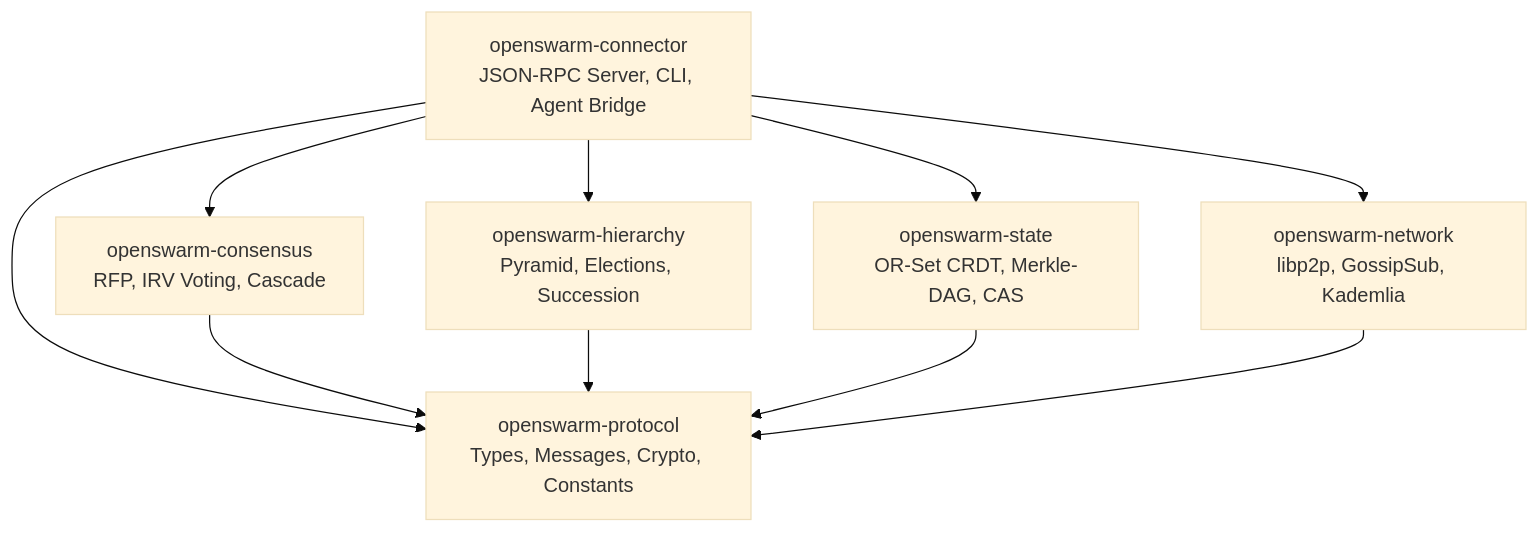
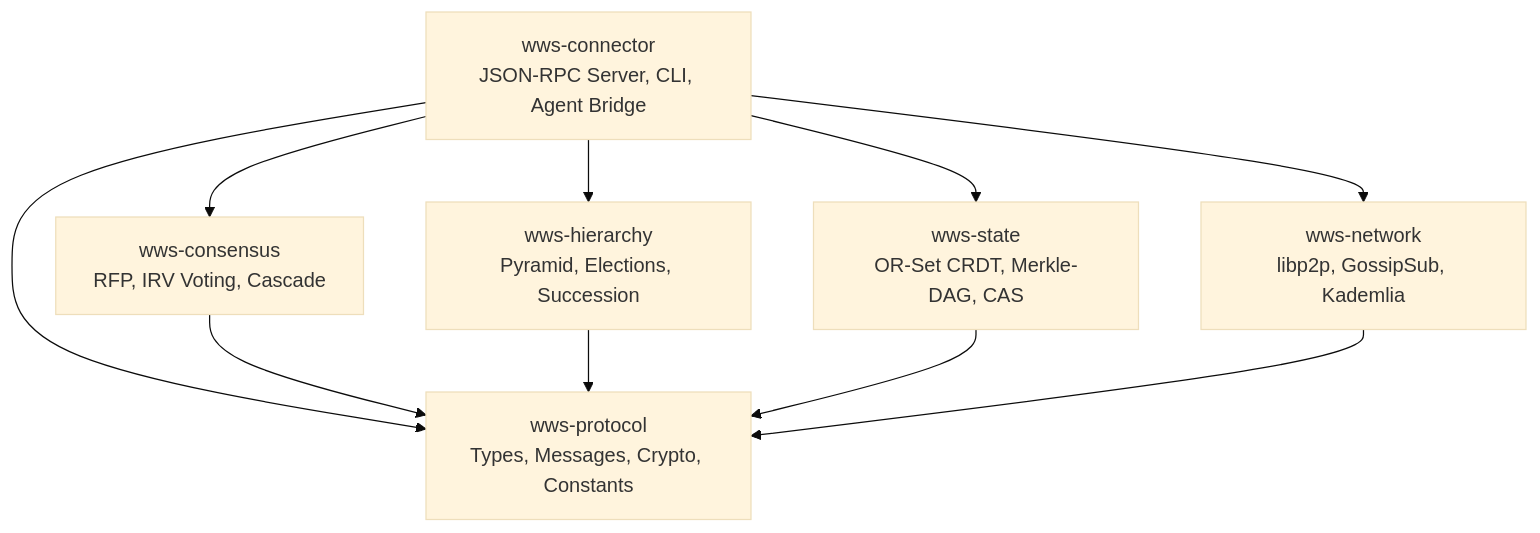
Before and after one commit to Good-karma-lab/Agent-Swarm-Communication-Protocol: the second of 3 diagrams in docs/Home.md, drawn with Mermaid (base theme). The commit also changed other lines of this file and 16 other files, not shown here.

````diff
--- a/docs/Home.md
+++ b/docs/Home.md
@@ -186,19 +199,19 @@
 ```mermaid
 graph TD
-    CONN["openswarm-connector<br/>JSON-RPC Server, CLI, Agent Bridge"]
-    CONS["openswarm-consensus<br/>RFP, IRV Voting, Cascade"]
-    HIER["openswarm-hierarchy<br/>Pyramid, Elections, Succession"]
-    STATE["openswarm-state<br/>OR-Set CRDT, Merkle-DAG, CAS"]
-    NET["openswarm-network<br/>libp2p, GossipSub, Kademlia"]
-    PROTO["openswarm-protocol<br/>Types, Messages, Crypto, Constants"]
+    CONN["wws-connector<br/>JSON-RPC Server, CLI, Agent Bridge"]
+    CONS["wws-consensus<br/>RFP, IRV Voting, Cascade"]
+    HIER["wws-hierarchy<br/>Pyramid, Elections, Succession"]
+    STATE["wws-state<br/>OR-Set CRDT, Merkle-DAG, CAS"]
+    NET["wws-network<br/>libp2p, GossipSub, Kademlia"]
+    PROTO["wws-protocol<br/>Types, Messages, Crypto, Constants"]
 
     CONN --> CONS
     CONN --> HIER
     CONN --> STATE
     CONN --> NET
     CONN --> PROTO
     CONS --> PROTO
     HIER --> PROTO
     STATE --> PROTO
     NET --> PROTO
 ```
````
